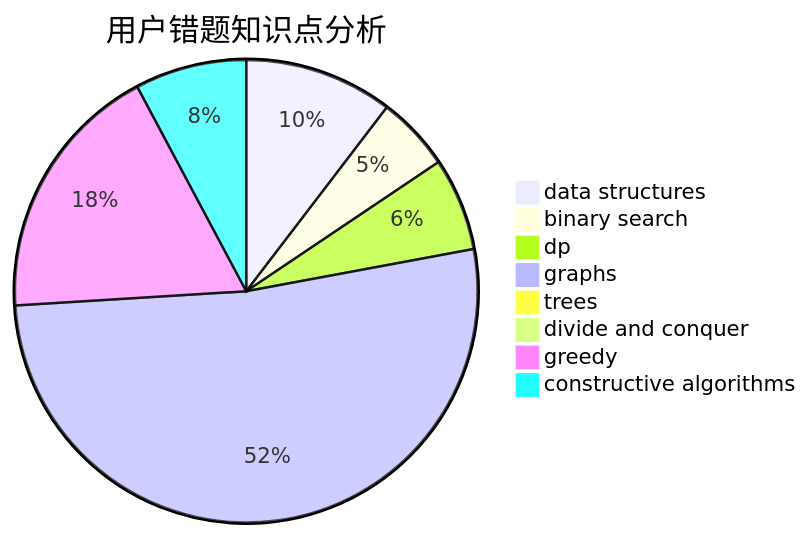
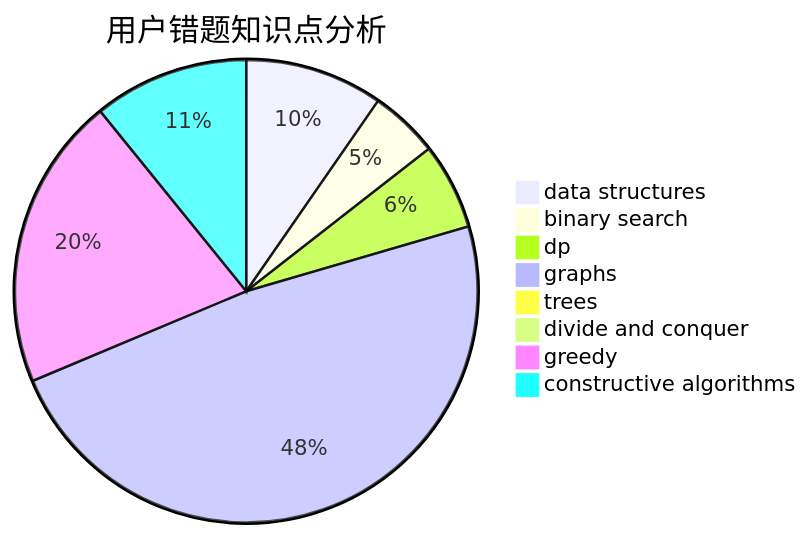
One commit to sherpahu/cfrs.github.io changed the third of 3 diagrams in docs/user/u2632.md. Above: the diagram before and after it, drawn with Mermaid. The commit also changed other lines of this file and 2770 other files, not shown here.

````diff
--- a/docs/user/u2632.md
+++ b/docs/user/u2632.md
@@ -36,11 +36,11 @@
 ```mermaid
 pie title 用户错题知识点分析
     "data structures" :  8
     "binary search" :  4
     "dp" :  5
     "graphs" :  40
     "trees" :  0
     "divide and conquer" :  0
-    "greedy" :  14
-    "constructive algorithms" :  6
+    "greedy" :  17
+    "constructive algorithms" :  9
 ```
````
